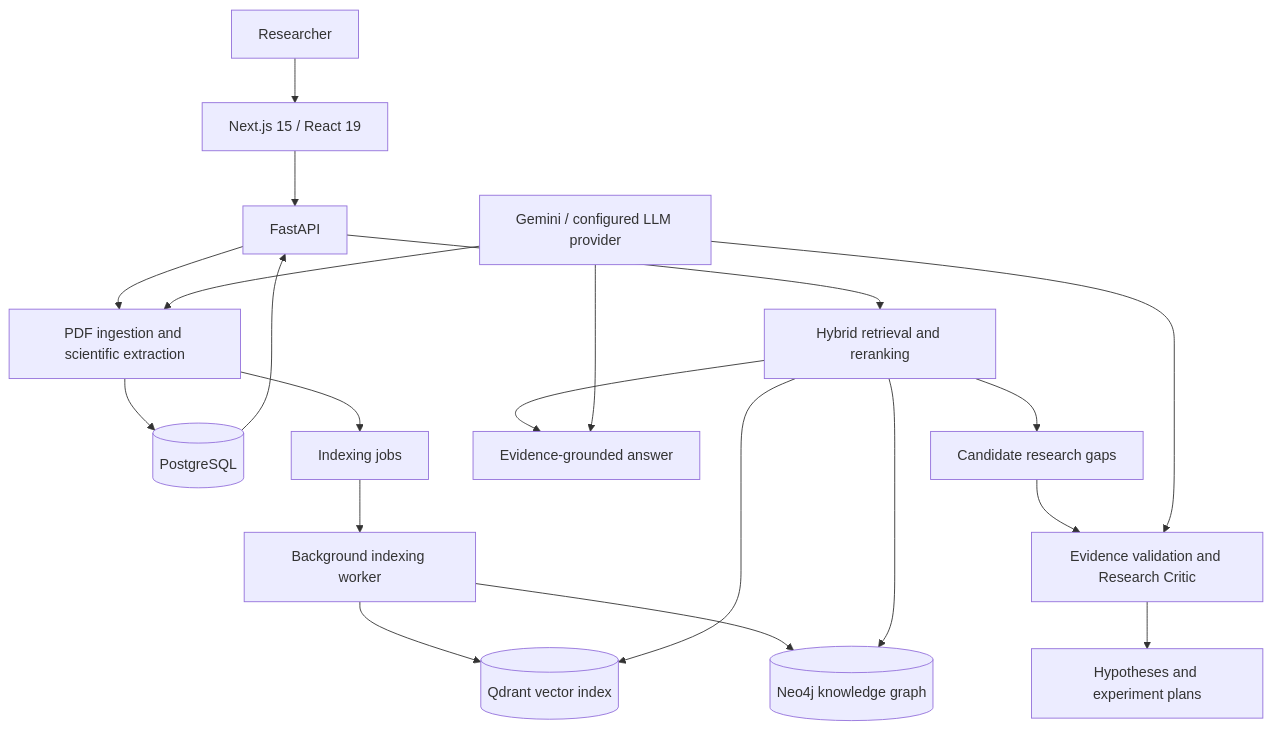
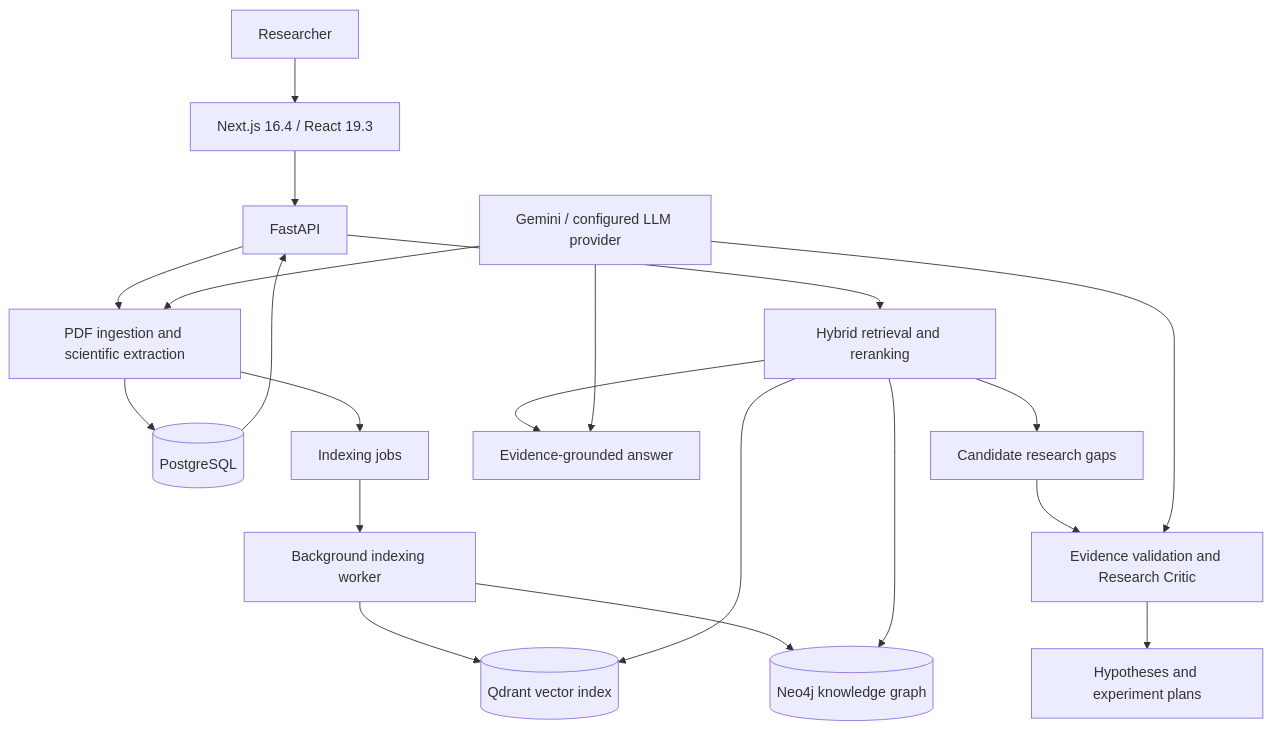
One commit to shaikhkhushi-01/DiscoveryAI changed the diagram in README.md. Above: the diagram before and after it, drawn with Mermaid. The commit also changed other lines of this file, not shown here.

````diff
--- a/README.md
+++ b/README.md
@@ -61,22 +61,22 @@
 ```mermaid
 flowchart TD
-    R[Researcher] --> UI[Next.js 15 / React 19]
+    R[Researcher] --> UI[Next.js 16.4 / React 19.3]
     UI --> API[FastAPI]
     API --> ING[PDF ingestion and scientific extraction]
     ING --> PG[(PostgreSQL)]
     ING --> JOB[Indexing jobs]
     JOB --> WORKER[Background indexing worker]
     WORKER --> Q[(Qdrant vector index)]
     WORKER --> N[(Neo4j knowledge graph)]
     API --> RET[Hybrid retrieval and reranking]
     RET --> Q
     RET --> N
     RET --> EVID[Evidence-grounded answer]
     RET --> GAP[Candidate research gaps]
     GAP --> CRITIC[Evidence validation and Research Critic]
     CRITIC --> PLAN[Hypotheses and experiment plans]
     PG --> API
     LLM[Gemini / configured LLM provider] --> ING
     LLM --> EVID
     LLM --> CRITIC
 ```
````
